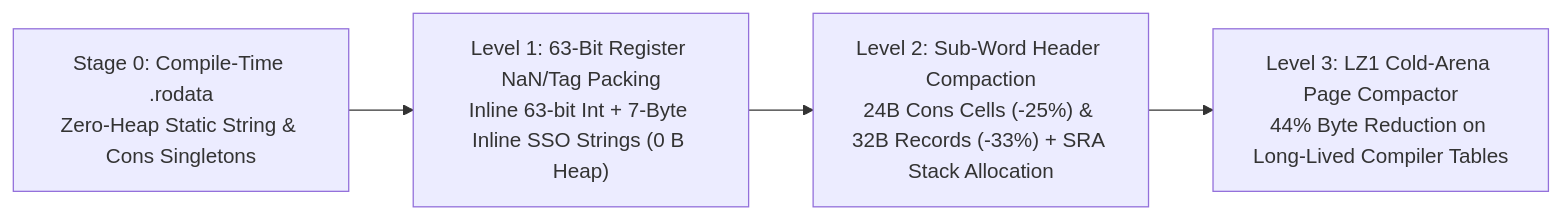
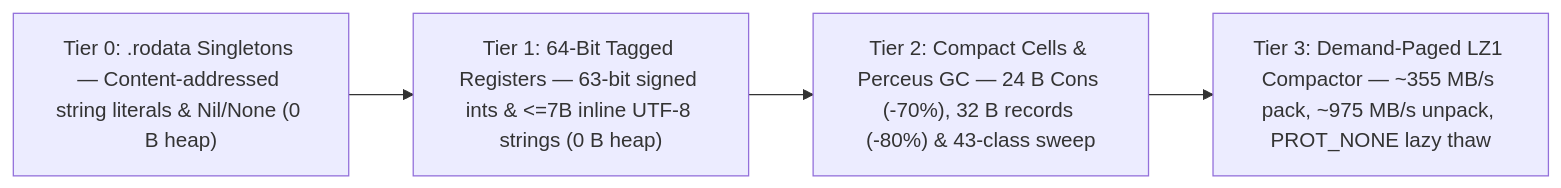
One commit to OmegaSoftDLL/Lume changed the diagram in wiki/Memory-Saga-and-Atomic-Compactor.md. Above: the diagram before and after it, drawn with Mermaid. The commit also changed other lines of this file and 48 other files, not shown here.

````diff
--- a/wiki/Memory-Saga-and-Atomic-Compactor.md
+++ b/wiki/Memory-Saga-and-Atomic-Compactor.md
@@ -29,6 +23,6 @@
 ```mermaid
 flowchart LR
-    T0["Stage 0: Compile-Time .rodata\nZero-Heap Static String & Cons Singletons"] --> T1["Level 1: 63-Bit Register NaN/Tag Packing\nInline 63-bit Int + 7-Byte Inline SSO Strings (0 B Heap)"]
-    T1 --> T2["Level 2: Sub-Word Header Compaction\n24B Cons Cells (-25%) & 32B Records (-33%) + SRA Stack Allocation"]
-    T2 --> T3["Level 3: LZ1 Cold-Arena Page Compactor\n44% Byte Reduction on Long-Lived Compiler Tables"]
+    T0["Tier 0: .rodata Singletons — Content-addressed string literals & Nil/None (0 B heap)"] --> T1["Tier 1: 64-Bit Tagged Registers — 63-bit signed ints & <=7B inline UTF-8 strings (0 B heap)"]
+    T1 --> T2["Tier 2: Compact Cells & Perceus GC — 24 B Cons (-70%), 32 B records (-80%) & 43-class sweep"]
+    T2 --> T3["Tier 3: Demand-Paged LZ1 Compactor — ~355 MB/s pack, ~975 MB/s unpack, PROT_NONE lazy thaw"]
 ```
````
